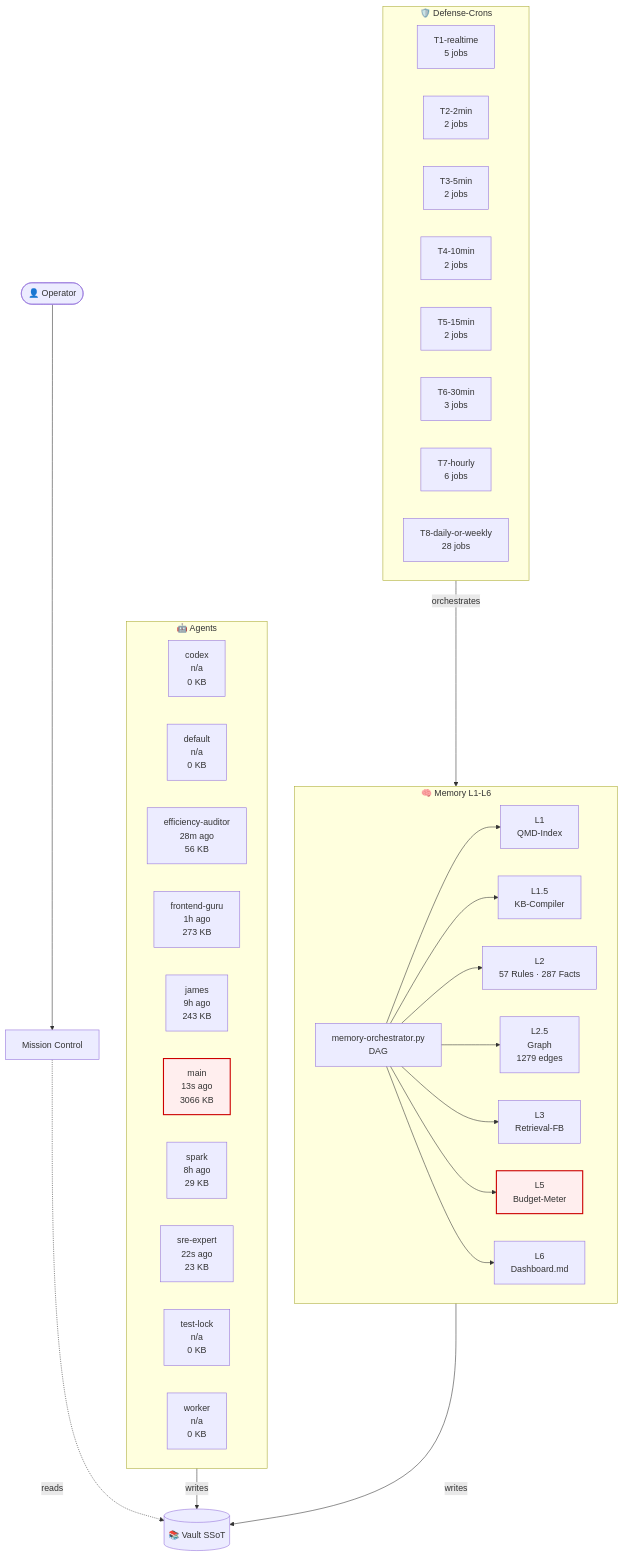
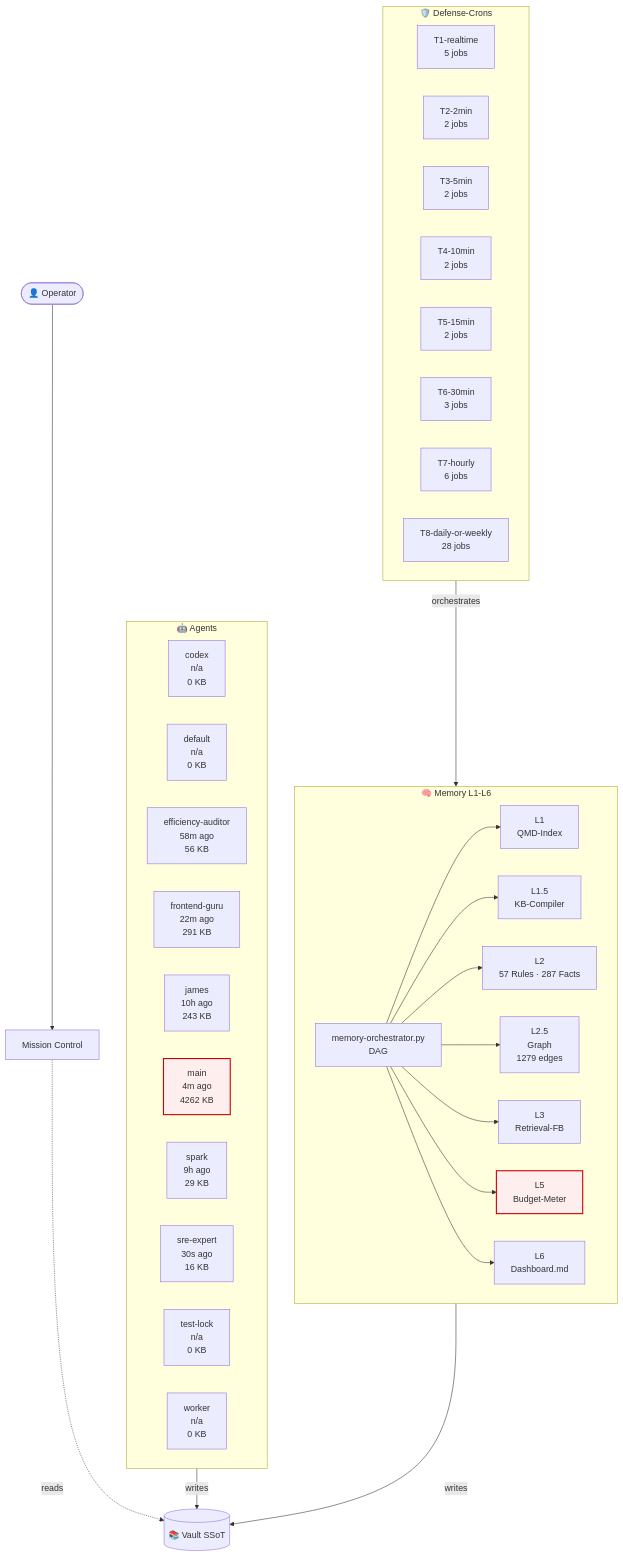
Before and after one commit to lenardhuebner88-rgb/openclaw-memory: the diagram in 03-Agents/architecture-live.md, drawn with Mermaid. The commit also changed other lines of this file and 6 other files, not shown here.

````diff
--- a/03-Agents/architecture-live.md
+++ b/03-Agents/architecture-live.md
@@ -18,53 +18,53 @@
 ```mermaid
 flowchart TB
     classDef critical fill:#fee,stroke:#c00,stroke-width:2px;
     subgraph AGT["🤖 Agents"]
         agent_codex["codex<br/>n/a<br/>0 KB"]
         agent_default["default<br/>n/a<br/>0 KB"]
-        agent_efficiency_auditor["efficiency-auditor<br/>28m ago<br/>56 KB"]
-        agent_frontend_guru["frontend-guru<br/>1h ago<br/>273 KB"]
-        agent_james["james<br/>9h ago<br/>243 KB"]
-        agent_main["main<br/>13s ago<br/>3066 KB"]
-        agent_spark["spark<br/>8h ago<br/>29 KB"]
-        agent_sre_expert["sre-expert<br/>22s ago<br/>23 KB"]
+        agent_efficiency_auditor["efficiency-auditor<br/>58m ago<br/>56 KB"]
+        agent_frontend_guru["frontend-guru<br/>22m ago<br/>291 KB"]
+        agent_james["james<br/>10h ago<br/>243 KB"]
+        agent_main["main<br/>4m ago<br/>4262 KB"]
+        agent_spark["spark<br/>9h ago<br/>29 KB"]
+        agent_sre_expert["sre-expert<br/>30s ago<br/>16 KB"]
         agent_test_lock["test-lock<br/>n/a<br/>0 KB"]
         agent_worker["worker<br/>n/a<br/>0 KB"]
     end
     subgraph MEM["🧠 Memory L1-L6"]
         L1["L1<br/>QMD-Index"]
         L15["L1.5<br/>KB-Compiler"]
         L2["L2<br/>57 Rules · 287 Facts"]
         L25["L2.5<br/>Graph<br/>1279 edges"]
         L3["L3<br/>Retrieval-FB"]
         L5["L5<br/>Budget-Meter"]
         L6["L6<br/>Dashboard.md"]
         ORCH["memory-orchestrator.py<br/>DAG"]
     end
     subgraph CRN["🛡️ Defense-Crons"]
         tier_T1_realtime["T1-realtime<br/>5 jobs"]
         tier_T2_2min["T2-2min<br/>2 jobs"]
         tier_T3_5min["T3-5min<br/>2 jobs"]
         tier_T4_10min["T4-10min<br/>2 jobs"]
         tier_T5_15min["T5-15min<br/>2 jobs"]
         tier_T6_30min["T6-30min<br/>3 jobs"]
         tier_T7_hourly["T7-hourly<br/>6 jobs"]
         tier_T8_daily_or_weekly["T8-daily-or-weekly<br/>28 jobs"]
     end
     VAULT[("📚 Vault SSoT")]
     OP([👤 Operator])
     MC["Mission Control"]
     OP --> MC
     MC -.reads.-> VAULT
     AGT -->|writes| VAULT
     MEM -->|writes| VAULT
     ORCH --> L1
     ORCH --> L15
     ORCH --> L2
     ORCH --> L25
     ORCH --> L3
     ORCH --> L5
     ORCH --> L6
     CRN -->|orchestrates| MEM
     class L5 critical
     class agent_main critical
 ```
````
